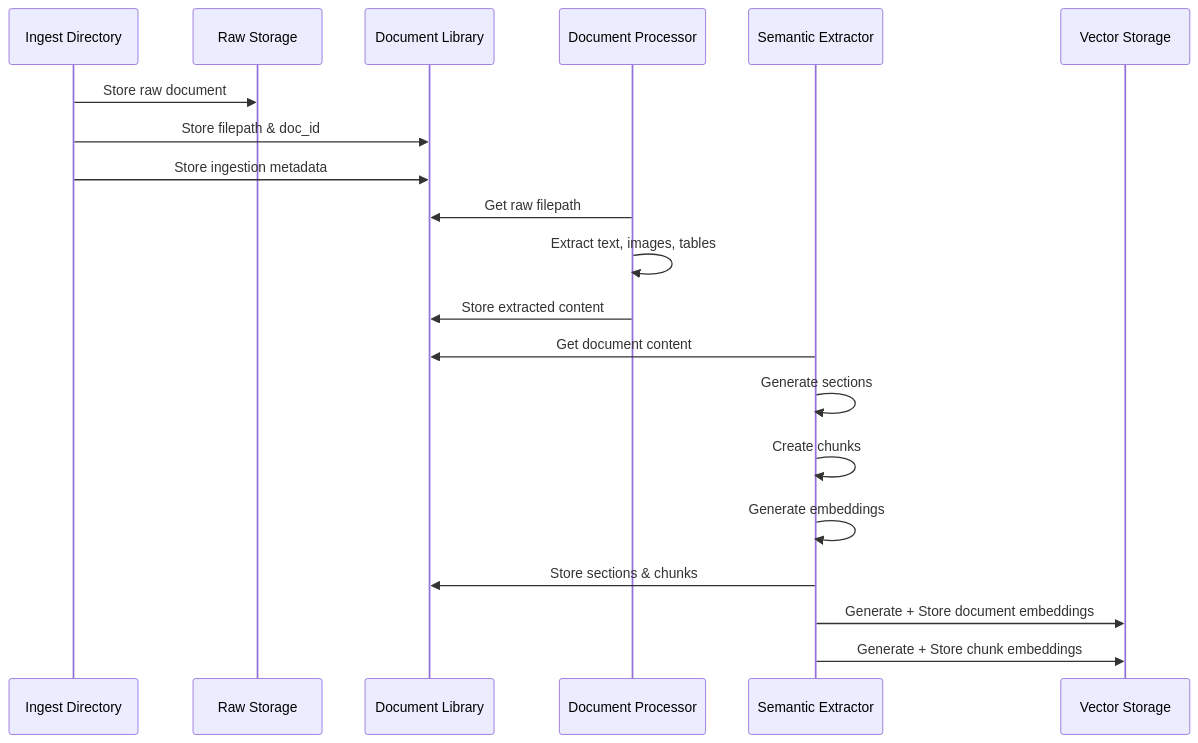
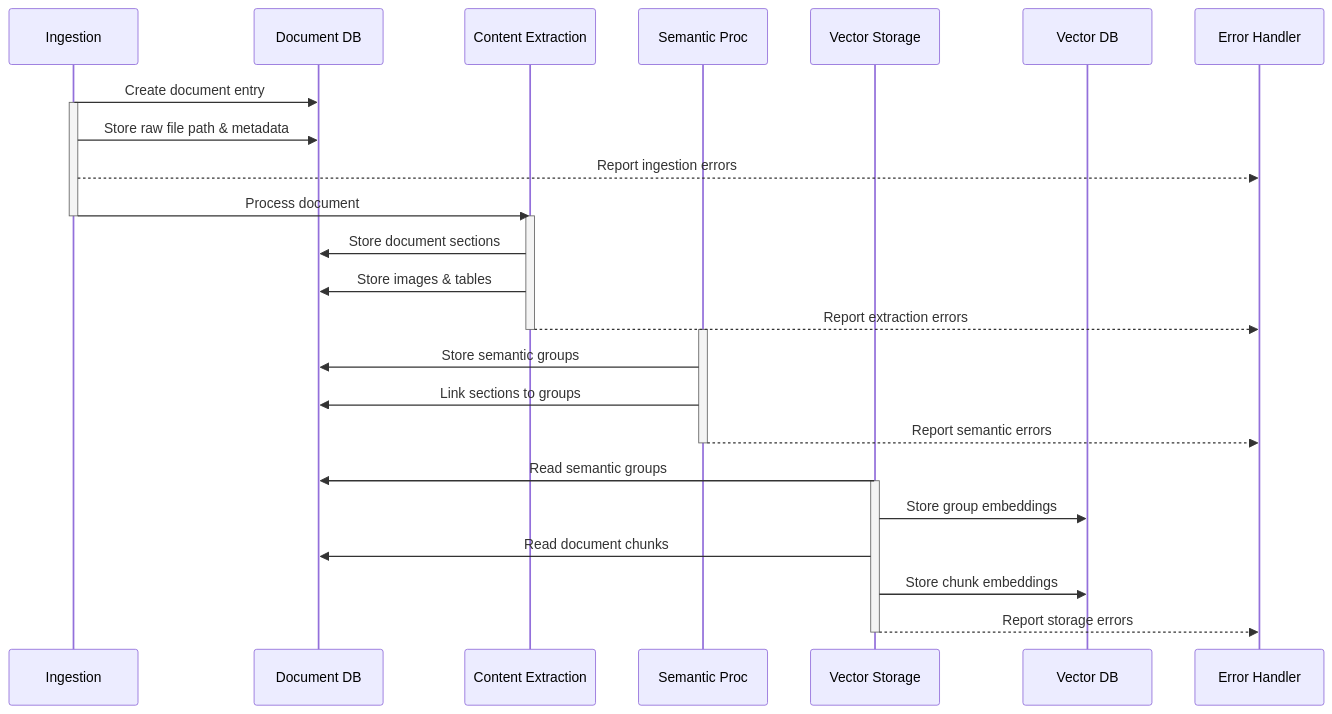
The third of 5 diagrams in docs/2_Ragnostic_Project_Plan.md (NicholasGrundl/ragnostic), drawn with Mermaid before and after one commit. The commit also changed other lines of this file and 3 other files, not shown here.

````diff
--- a/docs/2_Ragnostic_Project_Plan.md
+++ b/docs/2_Ragnostic_Project_Plan.md
@@ -103,25 +92,39 @@
 ```mermaid
 sequenceDiagram
-    participant ID as Ingest Directory
-    participant RS as Raw Storage
-    participant DL as Document Library
-    participant DP as Document Processor
-    participant SE as Semantic Extractor
-    participant VS as Vector Storage
+    participant I as Ingestion
+    participant DB as Document DB
+    participant E as Content Extraction
+    participant S as Semantic Proc
+    participant V as Vector Storage
+    participant VS as Vector DB
+    participant ER as Error Handler
 
-    ID->>RS: Store raw document
-    ID->>DL: Store filepath & doc_id
-    ID->>DL: Store ingestion metadata
+    %% Document Processing Phase
+    I->>DB: Create document entry
+    activate I
+    I->>DB: Store raw file path & metadata
+    I-->>ER: Report ingestion errors
+    I->>E: Process document
+    deactivate I
     
-    DP->>DL: Get raw filepath
-    DP->>DP: Extract text, images, tables
-    DP->>DL: Store extracted content
+    activate E
+    E->>DB: Store document sections
+    E->>DB: Store images & tables
+    E-->>ER: Report extraction errors
+    deactivate E
     
-    SE->>DL: Get document content
-    SE->>SE: Generate sections
-    SE->>SE: Create chunks
-    SE->>SE: Generate embeddings
-    SE->>DL: Store sections & chunks
-    SE->>VS: Generate + Store document embeddings
-    SE->>VS: Generate + Store chunk embeddings
+    activate S
+    S->>DB: Store semantic groups
+    S->>DB: Link sections to groups
+    S-->>ER: Report semantic errors
+    deactivate S
+
+    %% Vector Processing Phase
+    V->>DB: Read semantic groups
+    activate V
+    V->>VS: Store group embeddings
+    V->>DB: Read document chunks
+    V->>VS: Store chunk embeddings
+    V-->>ER: Report storage errors
+    deactivate V
 ```
````
